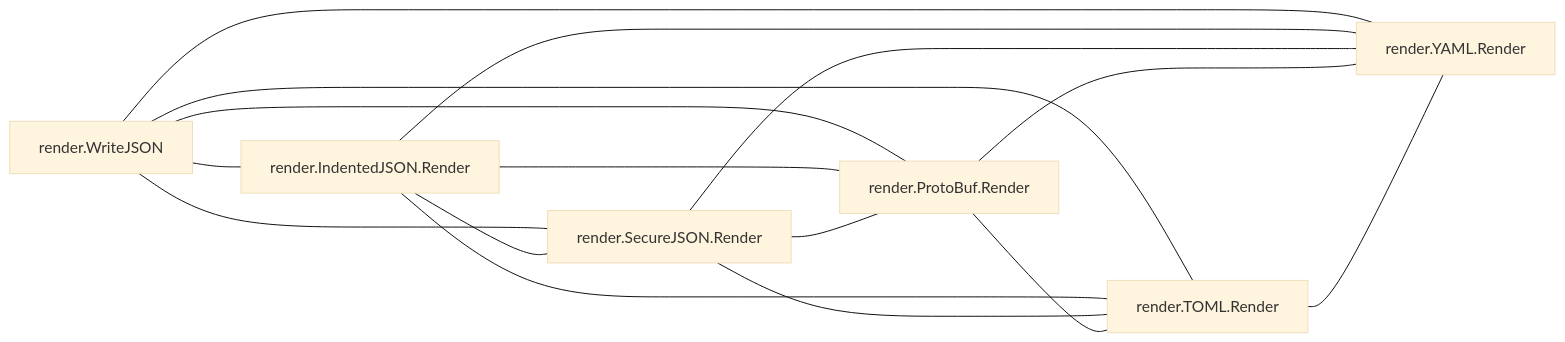
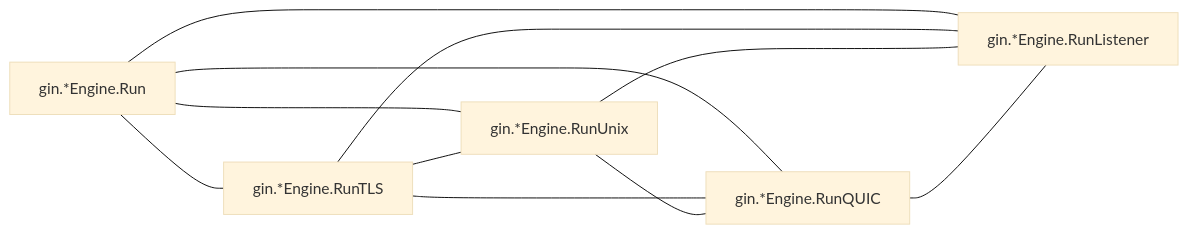
One commit to LukasSelin/doppel changed the fourth of 7 diagrams in examples/gin.md. Above: the diagram before and after it, drawn with Mermaid (base theme). The commit also changed other lines of this file and 19 other files, not shown here.

````diff
--- a/examples/gin.md
+++ b/examples/gin.md
@@ -647,24 +613,18 @@
 ```mermaid
 flowchart LR
-    m0["render.WriteJSON"]
-    m1["render.IndentedJSON.Render"]
-    m2["render.SecureJSON.Render"]
-    m3["render.ProtoBuf.Render"]
-    m4["render.TOML.Render"]
-    m5["render.YAML.Render"]
+    m0["gin.*Engine.Run"]
+    m1["gin.*Engine.RunTLS"]
+    m2["gin.*Engine.RunUnix"]
+    m3["gin.*Engine.RunQUIC"]
+    m4["gin.*Engine.RunListener"]
     m0 --- m1
     m0 --- m2
     m0 --- m3
     m0 --- m4
-    m0 --- m5
     m1 --- m2
     m1 --- m3
     m1 --- m4
-    m1 --- m5
     m2 --- m3
     m2 --- m4
-    m2 --- m5
     m3 --- m4
-    m3 --- m5
-    m4 --- m5
 ```
````
